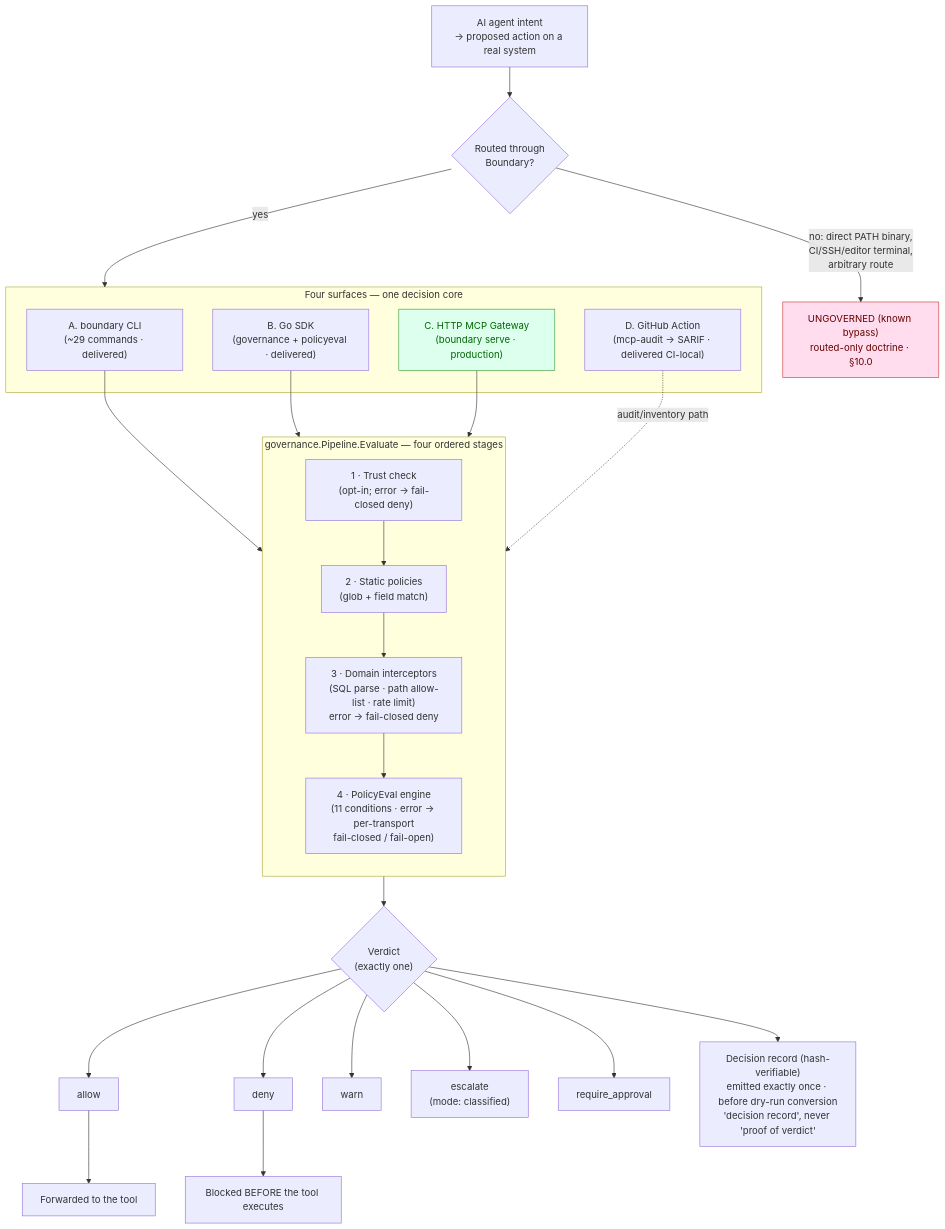
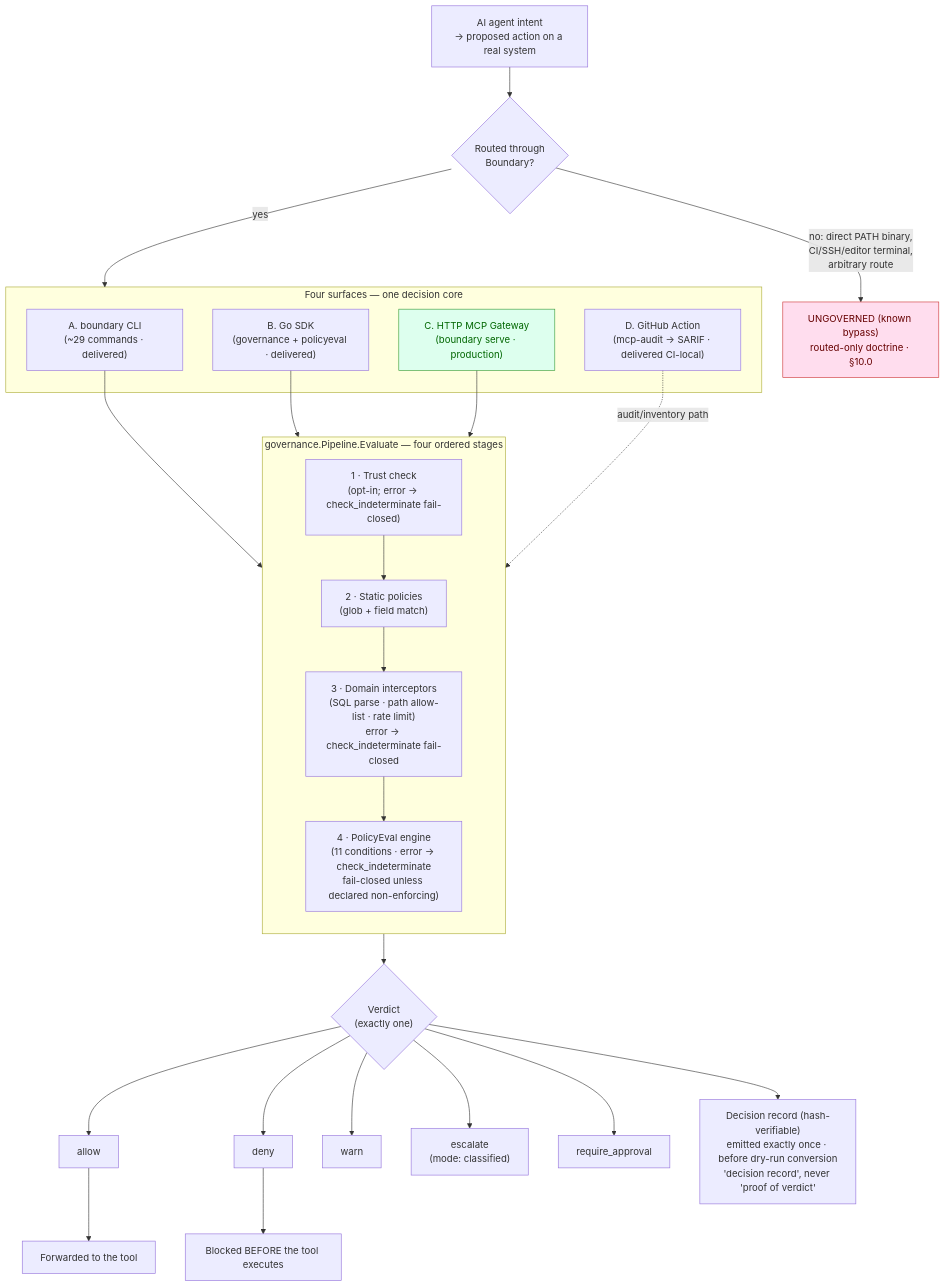
The diagram in docs/BOUNDARY_SPEC.md (Fulcrum-Governance/Fulcrum-Boundary), drawn with Mermaid before and after one commit. The commit also changed other lines of this file and 38 other files, not shown here.

First line of the commit message:
feat(governance): classify required-check failures as check_indeterminate (ADR-047) (FUL-465) (#226)

````diff
--- a/docs/BOUNDARY_SPEC.md
+++ b/docs/BOUNDARY_SPEC.md
@@ -345,45 +345,45 @@
 ```mermaid
 flowchart TB
     subgraph Entrypoints["Four surfaces — one decision core"]
         CLI["A. boundary CLI<br/>(~29 commands · delivered)"]
         SDK["B. Go SDK<br/>(governance + policyeval · delivered)"]
         GW["C. HTTP MCP Gateway<br/>(boundary serve · production)"]
         GHA["D. GitHub Action<br/>(mcp-audit → SARIF · delivered CI-local)"]
     end
 
     Agent["AI agent intent<br/>→ proposed action on a real system"] --> Route
 
     Route{"Routed through<br/>Boundary?"}
     Route -- "no: direct PATH binary,<br/>CI/SSH/editor terminal,<br/>arbitrary route" --> Bypass["UNGOVERNED (known bypass)<br/>routed-only doctrine · §10.0"]
     Route -- "yes" --> Entrypoints
 
     CLI --> P
     SDK --> P
     GW --> P
     GHA -. "audit/inventory path" .-> P
 
     subgraph P["governance.Pipeline.Evaluate — four ordered stages"]
         direction TB
-        S1["1 · Trust check<br/>(opt-in; error → fail-closed deny)"] --> S2
+        S1["1 · Trust check<br/>(opt-in; error → check_indeterminate fail-closed)"] --> S2
         S2["2 · Static policies<br/>(glob + field match)"] --> S3
-        S3["3 · Domain interceptors<br/>(SQL parse · path allow-list · rate limit)<br/>error → fail-closed deny"] --> S4
-        S4["4 · PolicyEval engine<br/>(11 conditions · error → per-transport<br/>fail-closed / fail-open)"]
+        S3["3 · Domain interceptors<br/>(SQL parse · path allow-list · rate limit)<br/>error → check_indeterminate fail-closed"] --> S4
+        S4["4 · PolicyEval engine<br/>(11 conditions · error → check_indeterminate<br/>fail-closed unless declared non-enforcing)"]
     end
 
     P --> Verdict{"Verdict<br/>(exactly one)"}
     Verdict --> ALLOW["allow"]
     Verdict --> DENY["deny"]
     Verdict --> WARN["warn"]
     Verdict --> ESC["escalate<br/>(mode: classified)"]
     Verdict --> REQ["require_approval"]
 
     DENY --> Block["Blocked BEFORE the tool executes"]
     ALLOW --> Forward["Forwarded to the tool"]
 
     Verdict --> Audit["Decision record (hash-verifiable)<br/>emitted exactly once · before dry-run conversion<br/>'decision record', never 'proof of verdict'"]
 
     classDef bypass fill:#fde,stroke:#c33,color:#600;
     classDef prod fill:#dfe,stroke:#393,color:#060;
     class Bypass bypass;
     class GW prod;
 ```
````
